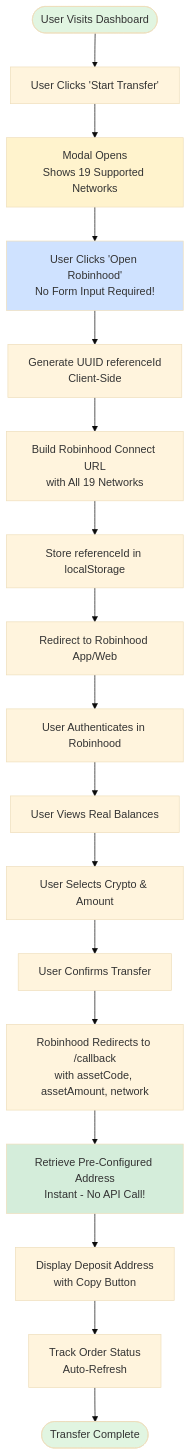
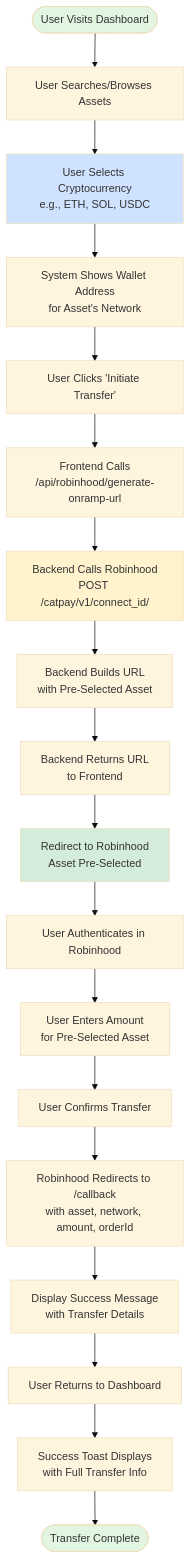
Before and after one commit to endaoment/robinhood-connect-poc: the first of 8 diagrams in robinhood-onramp/docs/FLOW-DIAGRAMS.md, drawn with Mermaid (base theme). The commit also changed other lines of this file and 19 other files, not shown here.

First line of the commit message:
robinhood-legacy-cleanup: SP1-SP5 - Complete legacy code and documentation cleanup

````diff
--- a/robinhood-onramp/docs/FLOW-DIAGRAMS.md
+++ b/robinhood-onramp/docs/FLOW-DIAGRAMS.md
@@ -9,27 +9,29 @@
 ```mermaid
 flowchart TD
-    Start([User Visits Dashboard]) --> Click[User Clicks 'Start Transfer']
-    Click --> Modal[Modal Opens<br/>Shows 19 Supported Networks]
-    Modal --> OpenRH[User Clicks 'Open Robinhood'<br/>No Form Input Required!]
-    OpenRH --> Generate[Generate UUID referenceId<br/>Client-Side]
-    Generate --> BuildURL[Build Robinhood Connect URL<br/>with All 19 Networks]
-    BuildURL --> Store[Store referenceId in localStorage]
-    Store --> Redirect[Redirect to Robinhood App/Web]
+    Start([User Visits Dashboard]) --> Search[User Searches/Browses Assets]
+    Search --> Select[User Selects Cryptocurrency<br/>e.g., ETH, SOL, USDC]
+    Select --> ShowAddress[System Shows Wallet Address<br/>for Asset's Network]
+    ShowAddress --> InitiateBtn[User Clicks 'Initiate Transfer']
+    
+    InitiateBtn --> CallAPI[Frontend Calls<br/>/api/robinhood/generate-onramp-url]
+    CallAPI --> GetConnectId[Backend Calls Robinhood<br/>POST /catpay/v1/connect_id/]
+    GetConnectId --> BuildURL[Backend Builds URL<br/>with Pre-Selected Asset]
+    BuildURL --> ReturnURL[Backend Returns URL<br/>to Frontend]
+    
+    ReturnURL --> Redirect[Redirect to Robinhood<br/>Asset Pre-Selected]
+    Redirect --> RHAuth[User Authenticates in Robinhood]
+    RHAuth --> RHAmount[User Enters Amount<br/>for Pre-Selected Asset]
+    RHAmount --> RHConfirm[User Confirms Transfer]
 
-    Redirect --> RHAuth[User Authenticates in Robinhood]
-    RHAuth --> ViewBalance[User Views Real Balances]
-    ViewBalance --> SelectCrypto[User Selects Crypto & Amount]
-    SelectCrypto --> Confirm[User Confirms Transfer]
-
-    Confirm --> Callback[Robinhood Redirects to /callback<br/>with assetCode, assetAmount, network]
-    Callback --> GetAddress[Retrieve Pre-Configured Address<br/>Instant - No API Call!]
-    GetAddress --> Display[Display Deposit Address<br/>with Copy Button]
-    Display --> Track[Track Order Status<br/>Auto-Refresh]
-    Track --> Complete([Transfer Complete])
+    RHConfirm --> Callback[Robinhood Redirects to /callback<br/>with asset, network, amount, orderId]
+    Callback --> ShowSuccess[Display Success Message<br/>with Transfer Details]
+    ShowSuccess --> Dashboard[User Returns to Dashboard]
+    Dashboard --> Toast[Success Toast Displays<br/>with Full Transfer Info]
+    Toast --> Complete([Transfer Complete])
 
     style Start fill:#e1f5e1
     style Complete fill:#e1f5e1
-    style Modal fill:#fff3cd
-    style GetAddress fill:#d4edda
-    style OpenRH fill:#cfe2ff
+    style Select fill:#cfe2ff
+    style GetConnectId fill:#fff3cd
+    style Redirect fill:#d4edda
 ```
````
